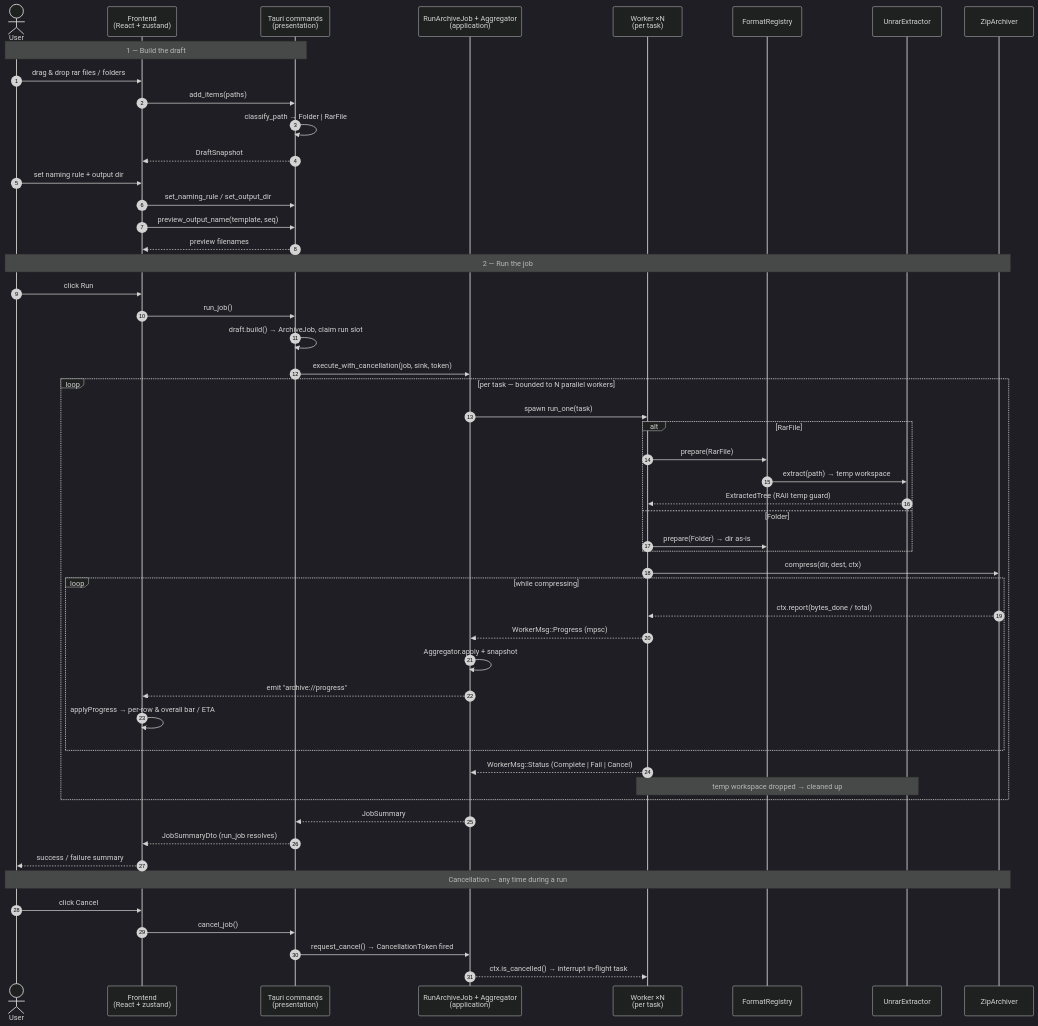
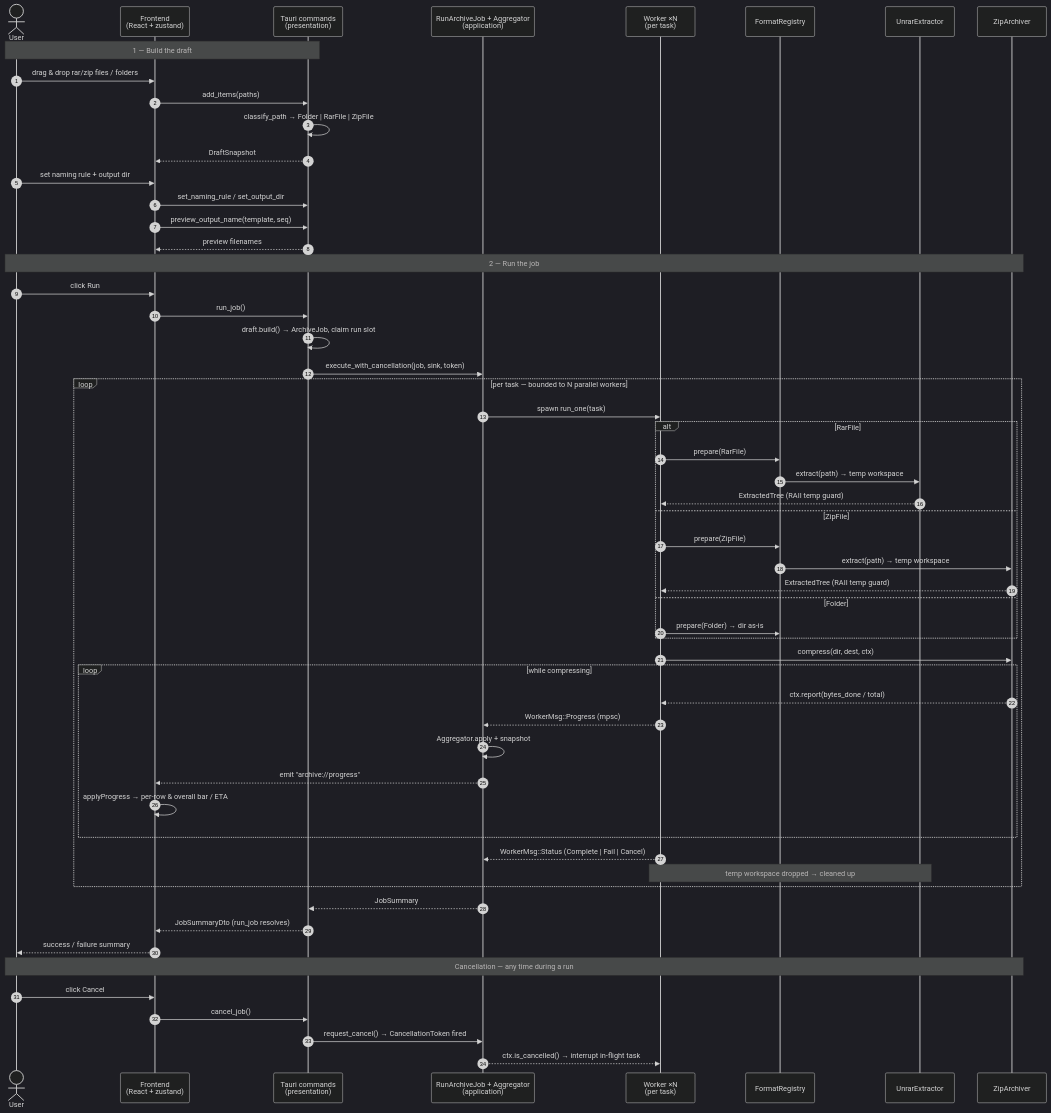
The diagram in README.md (yasuflatland-lf/simple-archiver), drawn with Mermaid (dark theme) before and after one commit. The commit also changed other lines of this file and 5 other files, not shown here.

Commit message:
docs: record zip feature learnings and update rar/zip references

````diff
--- a/README.md
+++ b/README.md
@@ -92,59 +93,63 @@
 ```mermaid
 sequenceDiagram
     autonumber
     actor User
     participant UI as Frontend<br/>(React + zustand)
     participant Cmd as Tauri commands<br/>(presentation)
     participant Engine as RunArchiveJob + Aggregator<br/>(application)
     participant Worker as Worker ×N<br/>(per task)
     participant Reg as FormatRegistry
     participant Unrar as UnrarExtractor
     participant Zip as ZipArchiver
 
     Note over User,Cmd: 1 — Build the draft
-    User->>UI: drag & drop rar files / folders
+    User->>UI: drag & drop rar/zip files / folders
     UI->>Cmd: add_items(paths)
-    Cmd->>Cmd: classify_path → Folder | RarFile
+    Cmd->>Cmd: classify_path → Folder | RarFile | ZipFile
     Cmd-->>UI: DraftSnapshot
     User->>UI: set naming rule + output dir
     UI->>Cmd: set_naming_rule / set_output_dir
     UI->>Cmd: preview_output_name(template, seq)
     Cmd-->>UI: preview filenames
 
     Note over User,Zip: 2 — Run the job
     User->>UI: click Run
     UI->>Cmd: run_job()
     Cmd->>Cmd: draft.build() → ArchiveJob, claim run slot
     Cmd->>Engine: execute_with_cancellation(job, sink, token)
 
     loop per task — bounded to N parallel workers
         Engine->>Worker: spawn run_one(task)
         alt RarFile
             Worker->>Reg: prepare(RarFile)
             Reg->>Unrar: extract(path) → temp workspace
             Unrar-->>Worker: ExtractedTree (RAII temp guard)
+        else ZipFile
+            Worker->>Reg: prepare(ZipFile)
+            Reg->>Zip: extract(path) → temp workspace
+            Zip-->>Worker: ExtractedTree (RAII temp guard)
         else Folder
             Worker->>Reg: prepare(Folder) → dir as-is
         end
         Worker->>Zip: compress(dir, dest, ctx)
         loop while compressing
             Zip-->>Worker: ctx.report(bytes_done / total)
             Worker-->>Engine: WorkerMsg::Progress (mpsc)
             Engine->>Engine: Aggregator.apply + snapshot
             Engine-->>UI: emit "archive://progress"
             UI->>UI: applyProgress → per-row & overall bar / ETA
         end
         Worker-->>Engine: WorkerMsg::Status (Complete | Fail | Cancel)
         Note over Worker,Unrar: temp workspace dropped → cleaned up
     end
 
     Engine-->>Cmd: JobSummary
     Cmd-->>UI: JobSummaryDto (run_job resolves)
     UI-->>User: success / failure summary
 
     Note over User,Zip: Cancellation — any time during a run
     User->>UI: click Cancel
     UI->>Cmd: cancel_job()
     Cmd->>Engine: request_cancel() → CancellationToken fired
     Engine-->>Worker: ctx.is_cancelled() → interrupt in-flight task
 ```
````
